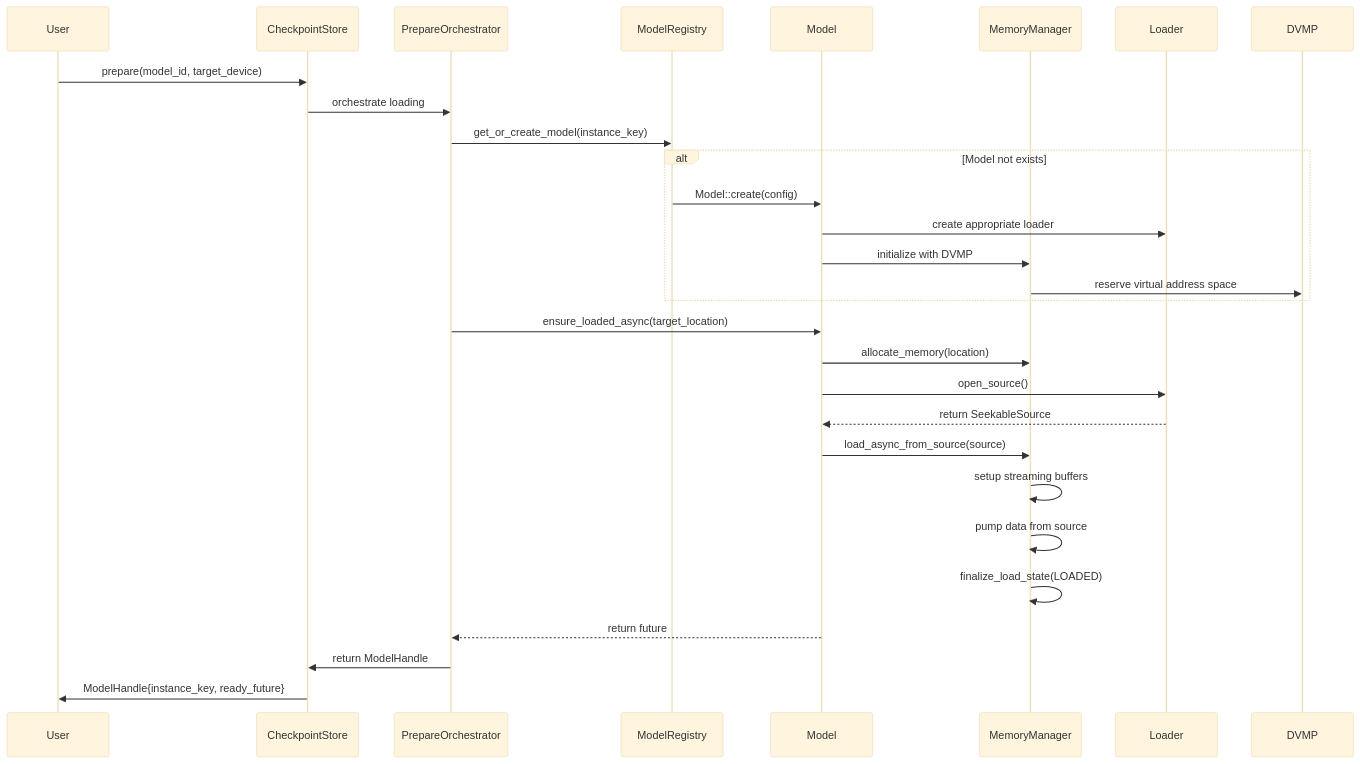
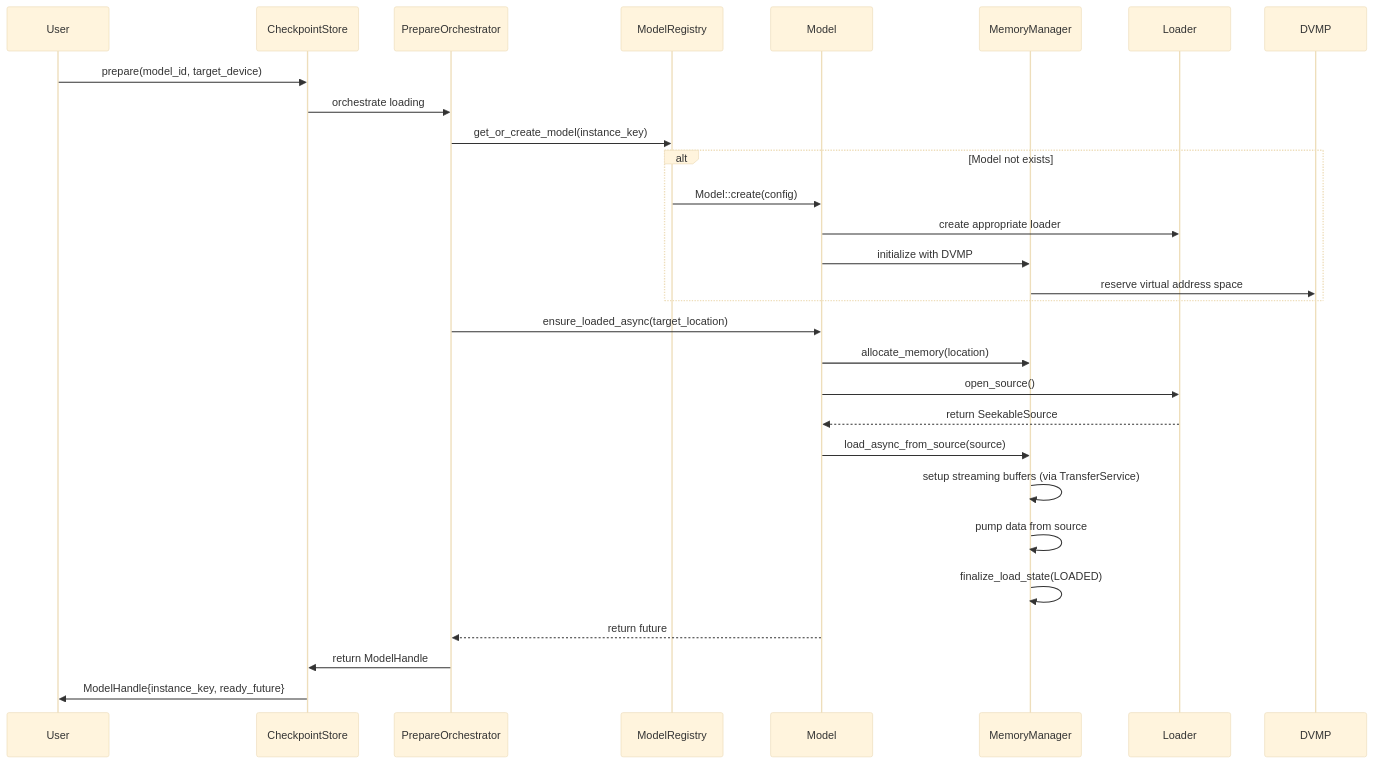
Before and after one commit to tensorcast-ai/tensorcast: diagram 11 of 13 in web-docs/docs/developer-guides/core/store/architecture.md, drawn with Mermaid (base theme). The commit also changed other lines of this file and 2 other files, not shown here.

````diff
--- a/web-docs/docs/developer-guides/core/store/architecture.md
+++ b/web-docs/docs/developer-guides/core/store/architecture.md
@@ -651,36 +481,36 @@
 ```mermaid
 sequenceDiagram
     participant User
     participant CS as CheckpointStore
     participant PO as PrepareOrchestrator
     participant MR as ModelRegistry
     participant M as Model
     participant MM as MemoryManager
     participant L as Loader
     participant DVMP
 
     User->>CS: prepare(model_id, target_device)
     CS->>PO: orchestrate loading
     PO->>MR: get_or_create_model(instance_key)
 
     alt Model not exists
         MR->>M: Model::create(config)
         M->>L: create appropriate loader
         M->>MM: initialize with DVMP
         MM->>DVMP: reserve virtual address space
     end
 
     PO->>M: ensure_loaded_async(target_location)
     M->>MM: allocate_memory(location)
     M->>L: open_source()
     L-->>M: return SeekableSource
     M->>MM: load_async_from_source(source)
 
-    MM->>MM: setup streaming buffers
+    MM->>MM: setup streaming buffers (via TransferService)
     MM->>MM: pump data from source
     MM->>MM: finalize_load_state(LOADED)
 
     M-->>PO: return future
     PO->>CS: return ModelHandle
     CS->>User: ModelHandle{instance_key, ready_future}
 ```
````
